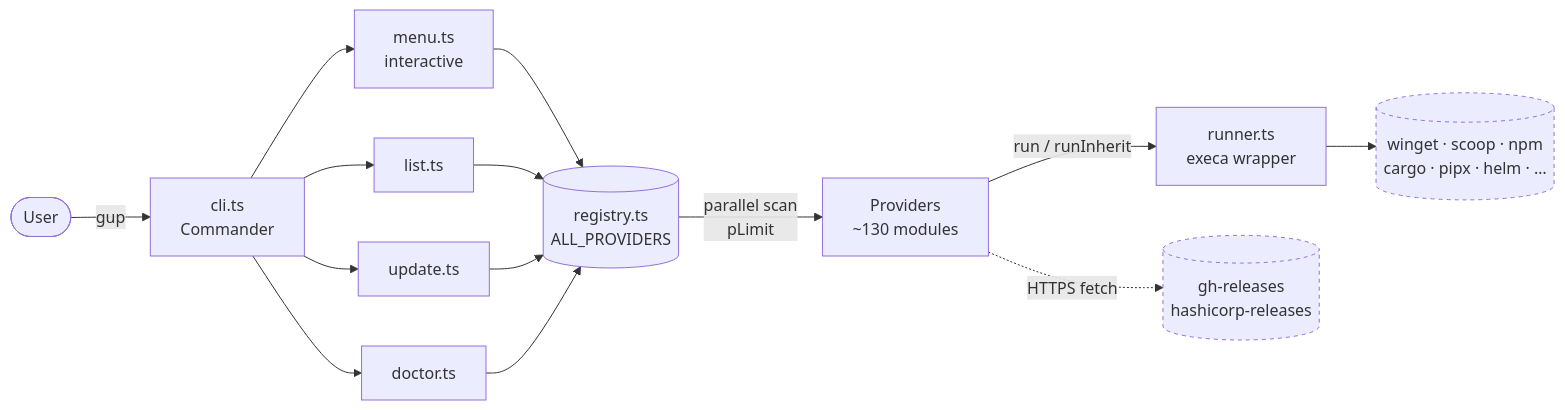
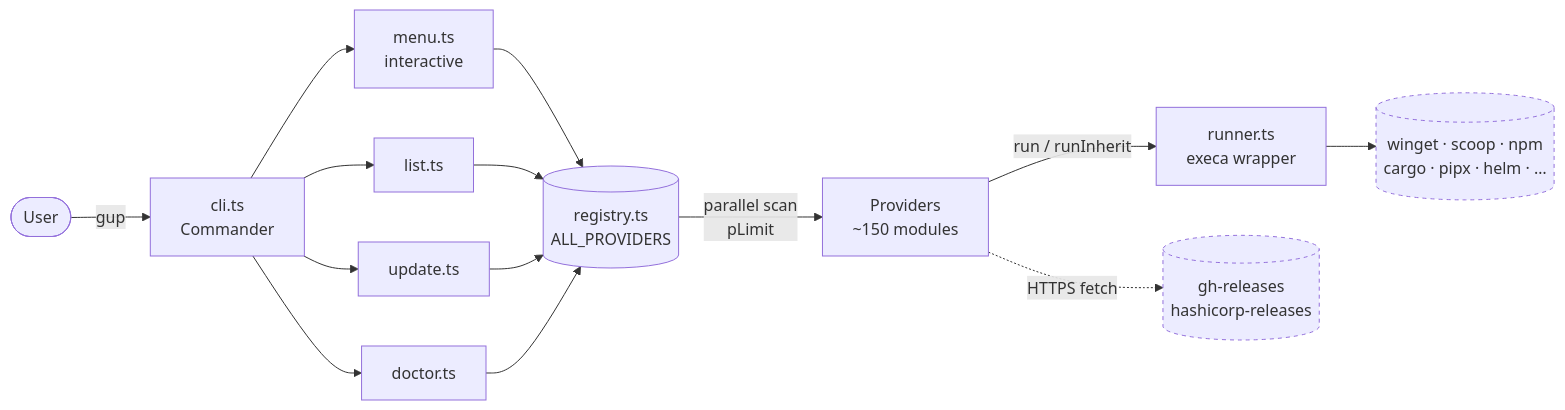
One commit to LINDECKER-Charles/gup changed the first of 9 diagrams in docs/architecture.md. Above: the diagram before and after it, drawn with Mermaid. The commit also changed 5 other files, not shown here.

````diff
--- a/docs/architecture.md
+++ b/docs/architecture.md
@@ -30,18 +30,18 @@
 ```mermaid
 flowchart LR
     User([User]) -->|gup| CLI[cli.ts<br/>Commander]
     CLI --> Menu[menu.ts<br/>interactive]
     CLI --> List[list.ts]
     CLI --> Update[update.ts]
     CLI --> Doctor[doctor.ts]
 
     Menu & List & Update & Doctor --> Registry[(registry.ts<br/>ALL_PROVIDERS)]
-    Registry -->|parallel scan<br/>pLimit| Providers[Providers<br/>~130 modules]
+    Registry -->|parallel scan<br/>pLimit| Providers[Providers<br/>~150 modules]
     Providers -->|run / runInherit| Runner[runner.ts<br/>execa wrapper]
     Runner --> Tools[(winget · scoop · npm<br/>cargo · pipx · helm · …)]
 
     Providers -.HTTPS fetch.-> Releases[(gh-releases<br/>hashicorp-releases)]
 
     classDef boundary stroke-dasharray: 4 4
     class Tools,Releases boundary
 ```
````
